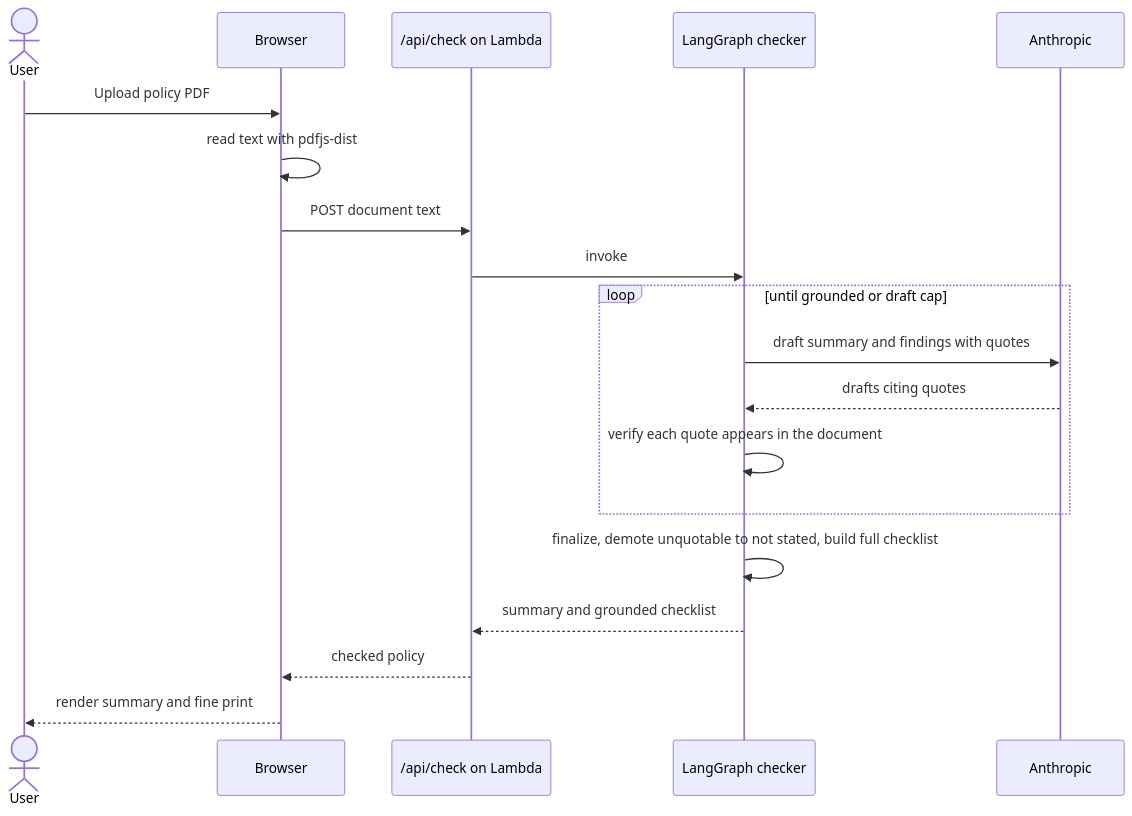
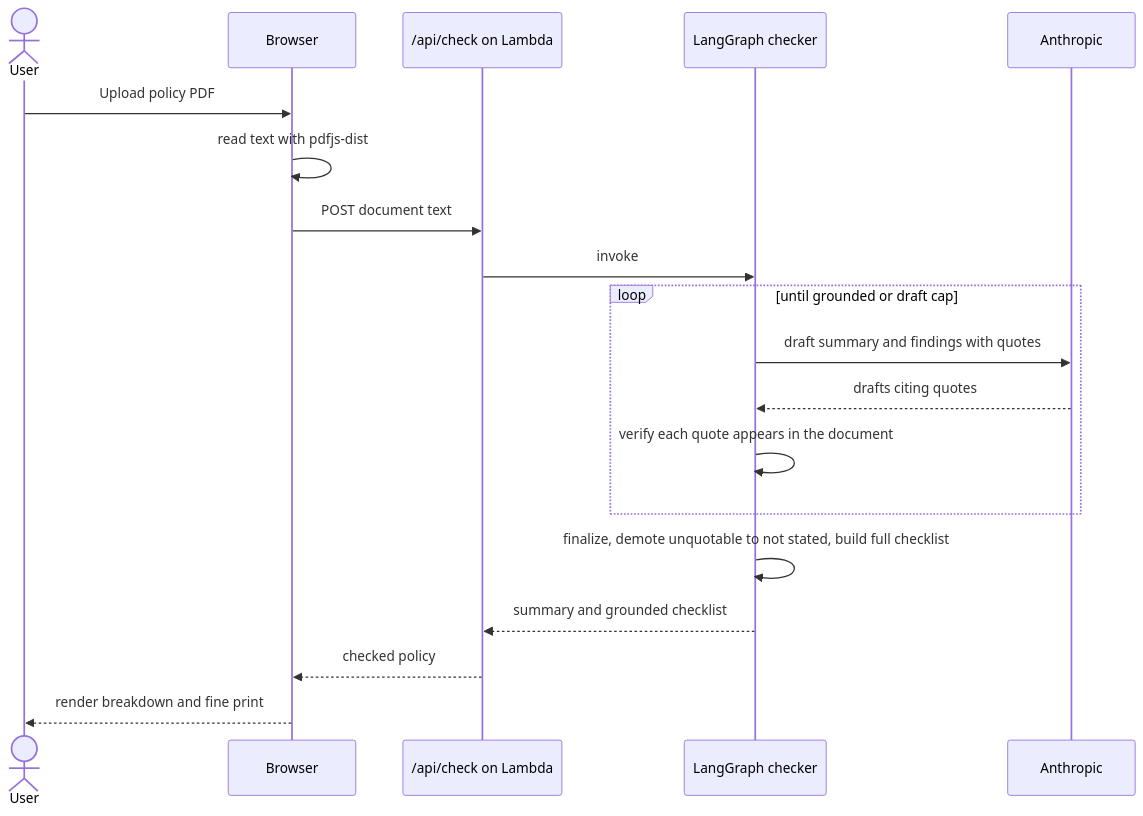
One commit to elleskay/insurance-dashboard changed the second of 6 diagrams in README.md. Above: the diagram before and after it, drawn with Mermaid. The commit also changed other lines of this file, not shown here.

````diff
--- a/README.md
+++ b/README.md
@@ -51,22 +58,22 @@
 ```mermaid
 sequenceDiagram
     actor User
     participant Browser
     participant API as /api/check on Lambda
     participant Graph as LangGraph checker
     participant Claude as Anthropic
 
     User->>Browser: Upload policy PDF
     Browser->>Browser: read text with pdfjs-dist
     Browser->>API: POST document text
     API->>Graph: invoke
     loop until grounded or draft cap
         Graph->>Claude: draft summary and findings with quotes
         Claude-->>Graph: drafts citing quotes
         Graph->>Graph: verify each quote appears in the document
     end
     Graph->>Graph: finalize, demote unquotable to not stated, build full checklist
     Graph-->>API: summary and grounded checklist
     API-->>Browser: checked policy
-    Browser-->>User: render summary and fine print
+    Browser-->>User: render breakdown and fine print
 ```
````
